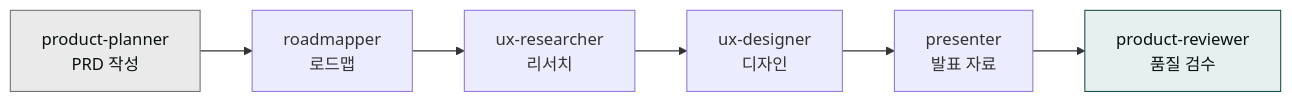
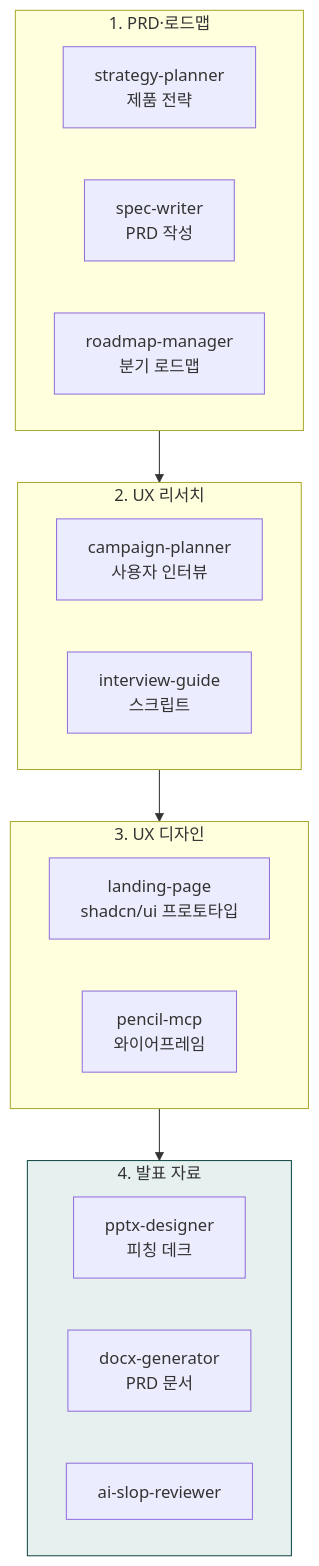
The diagram in content/cookbook/tracks/track-product.md (modu-ai/claude), drawn with Mermaid before and after one commit. The commit also changed other lines of this file and 92 other files, not shown here.

````diff
--- a/content/cookbook/tracks/track-product.md
+++ b/content/cookbook/tracks/track-product.md
@@ -13,11 +14,23 @@
 ```mermaid
-flowchart LR
-    A["product-planner<br/>PRD 작성"] --> B["roadmapper<br/>로드맵"]
-    B --> C["ux-researcher<br/>리서치"]
-    C --> D["ux-designer<br/>디자인"]
-    D --> E["presenter<br/>발표 자료"]
-    E --> F["product-reviewer<br/>품질 검수"]
-
-    style A fill:#eaeaea,stroke:#6e6e6e,color:#09110f
-    style F fill:#e6f0ef,stroke:#144a46,color:#09110f
+flowchart TD
+    subgraph 기획["1. PRD·로드맵"]
+        A1["strategy-planner<br/>제품 전략"]
+        A2["spec-writer<br/>PRD 작성"]
+        A3["roadmap-manager<br/>분기 로드맵"]
+    end
+    subgraph 리서치["2. UX 리서치"]
+        B1["campaign-planner<br/>사용자 인터뷰"]
+        B2["interview-guide<br/>스크립트"]
+    end
+    subgraph 디자인["3. UX 디자인"]
+        C1["landing-page<br/>shadcn/ui 프로토타입"]
+        C2["pencil-mcp<br/>와이어프레임"]
+    end
+    subgraph 발표["4. 발표 자료"]
+        D1["pptx-designer<br/>피칭 데크"]
+        D2["docx-generator<br/>PRD 문서"]
+        D3["ai-slop-reviewer"]
+    end
+    기획 --> 리서치 --> 디자인 --> 발표
+    style 발표 fill:#e6f0ef,stroke:#144a46
 ```
````
